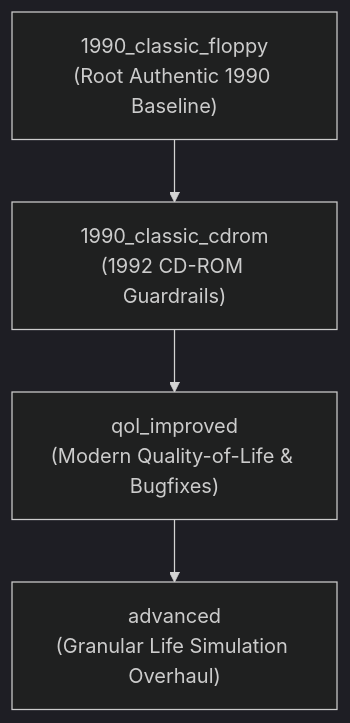
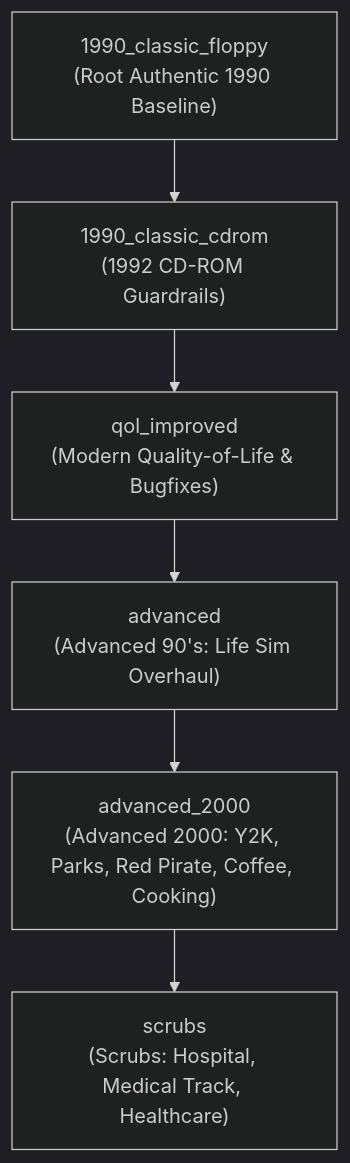
The diagram in docs/implementation_and_variants_guide.md (yh-github/fastlane), drawn with Mermaid (dark theme) before and after one commit. The commit also changed other lines of this file and 21 other files, not shown here.

Commit message:
feat(campaigns): split Advanced 2000 (Factory) and Scrubs (Hospital) editions

````diff
--- a/docs/implementation_and_variants_guide.md
+++ b/docs/implementation_and_variants_guide.md
@@ -21,6 +21,8 @@
 ```mermaid
 graph TD
     Floppy["1990_classic_floppy<br/>(Root Authentic 1990 Baseline)"] --> CDROM["1990_classic_cdrom<br/>(1992 CD-ROM Guardrails)"]
     CDROM --> QoL["qol_improved<br/>(Modern Quality-of-Life & Bugfixes)"]
-    QoL --> Advanced["advanced<br/>(Granular Life Simulation Overhaul)"]
+    QoL --> Advanced["advanced<br/>(Advanced 90's: Life Sim Overhaul)"]
+    Advanced --> Adv2000["advanced_2000<br/>(Advanced 2000: Y2K, Parks, Red Pirate, Coffee, Cooking)"]
+    Adv2000 --> Scrubs["scrubs<br/>(Scrubs: Hospital, Medical Track, Healthcare)"]
 ```
````
